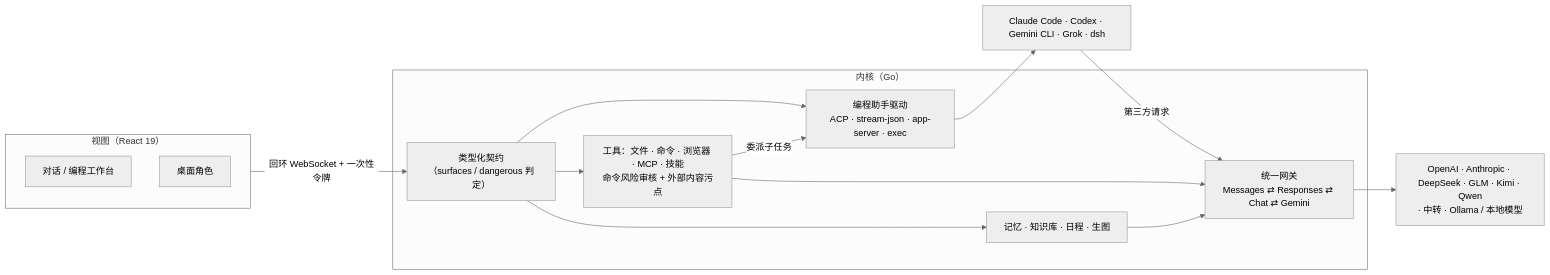
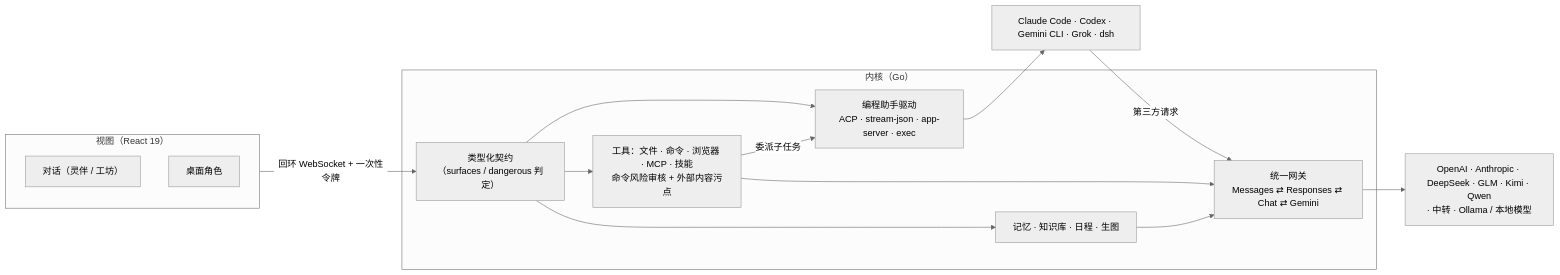
One commit to Cookieboty/nomi-ai changed the diagram in README.md. Above: the diagram before and after it, drawn with Mermaid (neutral theme). The commit also changed other lines of this file and 13 other files, not shown here.

````diff
--- a/README.md
+++ b/README.md
@@ -79,23 +79,23 @@
 ```mermaid
 flowchart LR
   subgraph View["视图（React 19）"]
-    Chat["对话 / 编程工作台"]
+    Chat["对话（灵伴 / 工坊）"]
     Mascot["桌面角色"]
   end
   subgraph Core["内核（Go）"]
     Contract["类型化契约<br/>（surfaces / dangerous 判定）"]
     Agents["编程助手驱动<br/>ACP · stream-json · app-server · exec"]
     Tools["工具：文件 · 命令 · 浏览器 · MCP · 技能<br/>命令风险审核 + 外部内容污点"]
     Mem["记忆 · 知识库 · 日程 · 生图"]
     GW["统一网关<br/>Messages ⇄ Responses ⇄ Chat ⇄ Gemini"]
   end
   CLI["Claude Code · Codex · Gemini CLI · Grok · dsh"]
   Up["OpenAI · Anthropic · DeepSeek · GLM · Kimi · Qwen<br/>· 中转 · Ollama / 本地模型"]
   View -- "回环 WebSocket + 一次性令牌" --> Contract
   Contract --> Agents & Tools & Mem
   Agents --> CLI
   CLI -- "第三方请求" --> GW
   Tools -- "委派子任务" --> Agents
   Tools & Mem --> GW
   GW --> Up
 ```
````
